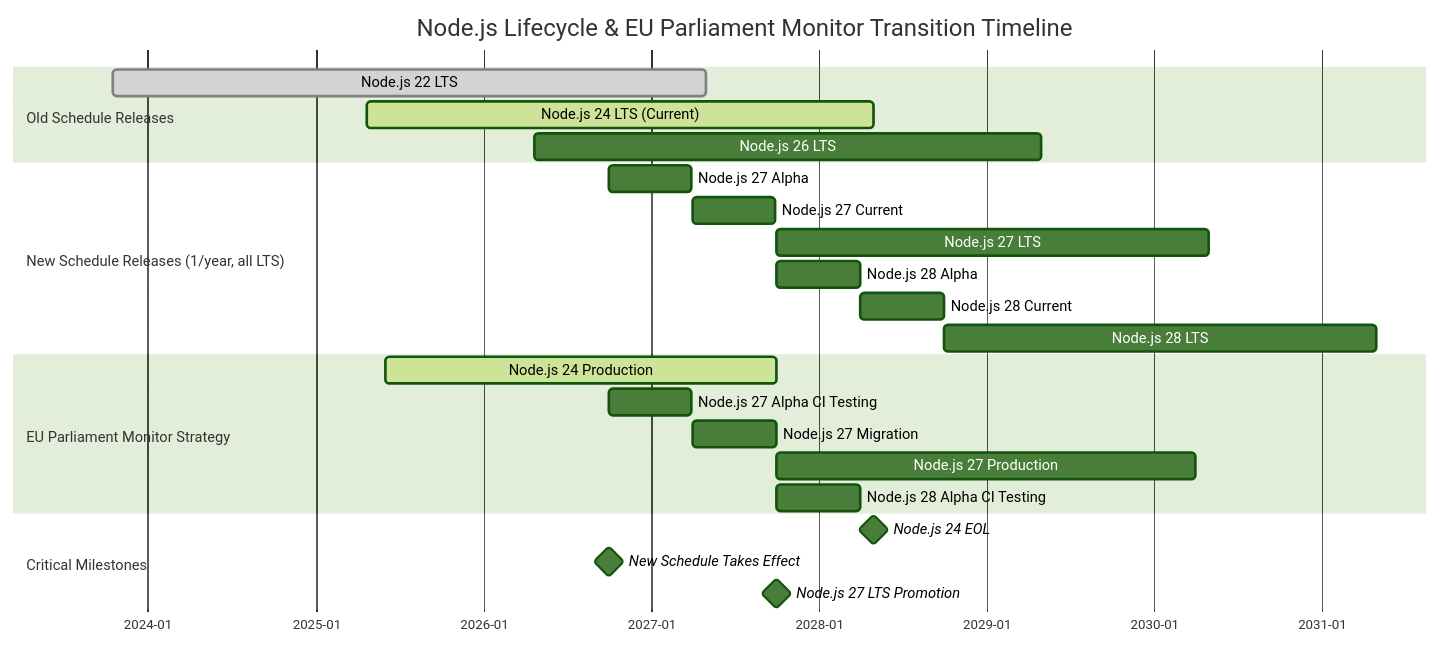
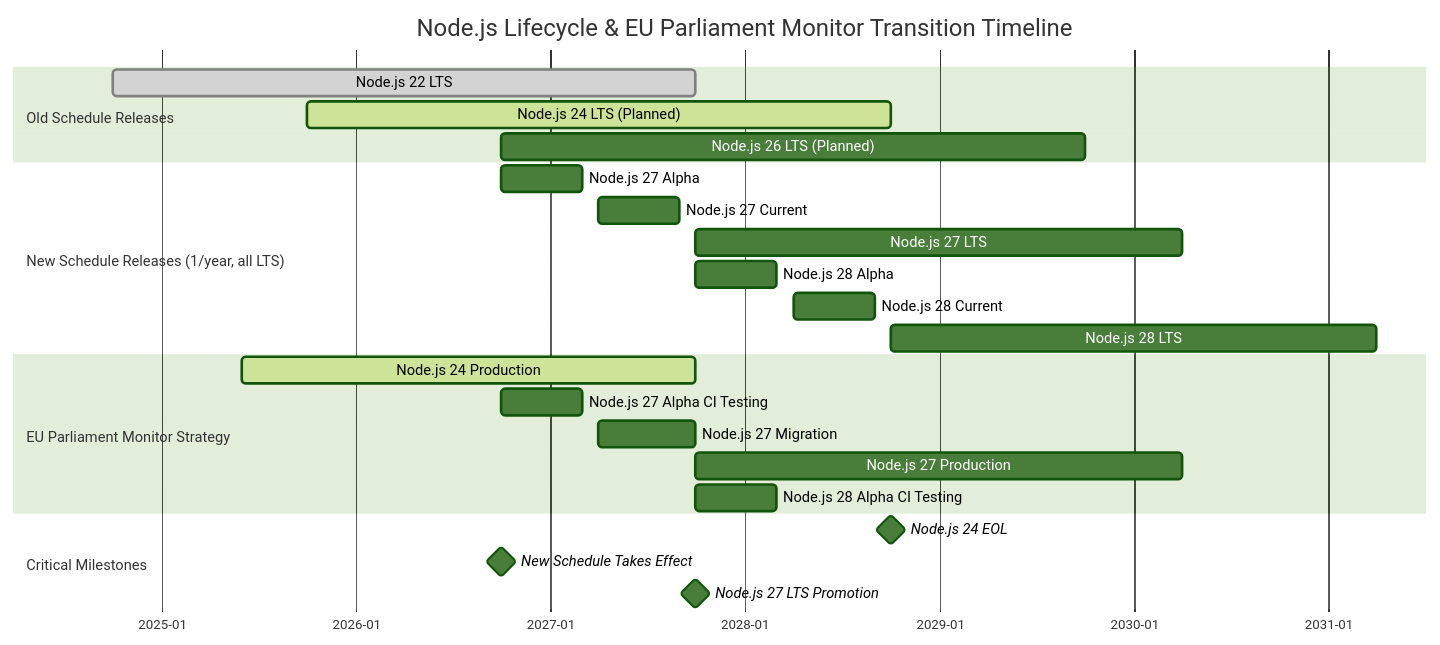
The second of 6 diagrams in End-of-Life-Strategy.md (Hack23/euparliamentmonitor), drawn with Mermaid (forest theme) before and after one commit. The commit also changed other lines of this file and 2 other files, not shown here.

Commit message:
Apply review feedback round 9: fix Gantt to month-level dates with correct Node.js LTS windows, clarify env-var rename instruction with full variable names, extract failover runbook to runbooks/github-pages-failover.md

````diff
--- a/End-of-Life-Strategy.md
+++ b/End-of-Life-Strategy.md
@@ -195,31 +195,32 @@
 ```mermaid
 gantt
     title Node.js Lifecycle & EU Parliament Monitor Transition Timeline
-    dateFormat YYYY-MM-DD
+    dateFormat YYYY-MM
     axisFormat %Y-%m
 
     section Old Schedule Releases
-    Node.js 22 LTS              :done, node22, 2023-10-17, 2027-04-30
-    Node.js 24 LTS (Current)    :active, node24, 2025-04-22, 2028-04-30
-    Node.js 26 LTS              :node26, 2026-04-22, 2029-04-30
+    %% LTS support windows (month-level, aligned with Node.js LTS/EOL schedule)
+    Node.js 22 LTS              :done, node22, 2024-10, 2027-10
+    Node.js 24 LTS (Planned)    :active, node24, 2025-10, 2028-10
+    Node.js 26 LTS (Planned)    :node26, 2026-10, 2029-10
 
     section New Schedule Releases (1/year, all LTS)
-    Node.js 27 Alpha            :node27a, 2026-10-01, 2027-03-31
-    Node.js 27 Current          :node27c, 2027-04-01, 2027-09-30
-    Node.js 27 LTS              :node27, 2027-10-01, 2030-04-30
-    Node.js 28 Alpha            :node28a, 2027-10-01, 2028-03-31
-    Node.js 28 Current          :node28c, 2028-04-01, 2028-09-30
-    Node.js 28 LTS              :node28, 2028-10-01, 2031-04-30
+    Node.js 27 Alpha            :node27a, 2026-10, 2027-03
+    Node.js 27 Current          :node27c, 2027-04, 2027-09
+    Node.js 27 LTS              :node27, 2027-10, 2030-04
+    Node.js 28 Alpha            :node28a, 2027-10, 2028-03
+    Node.js 28 Current          :node28c, 2028-04, 2028-09
+    Node.js 28 LTS              :node28, 2028-10, 2031-04
 
     section EU Parliament Monitor Strategy
-    Node.js 24 Production       :active, ep24, 2025-06-01, 2027-10-01
-    Node.js 27 Alpha CI Testing :ep27a, 2026-10-01, 2027-03-31
-    Node.js 27 Migration        :ep27m, 2027-04-01, 2027-10-01
-    Node.js 27 Production       :ep27p, 2027-10-01, 2030-04-01
-    Node.js 28 Alpha CI Testing :ep28a, 2027-10-01, 2028-03-31
+    Node.js 24 Production       :active, ep24, 2025-06, 2027-10
+    Node.js 27 Alpha CI Testing :ep27a, 2026-10, 2027-03
+    Node.js 27 Migration        :ep27m, 2027-04, 2027-10
+    Node.js 27 Production       :ep27p, 2027-10, 2030-04
+    Node.js 28 Alpha CI Testing :ep28a, 2027-10, 2028-03
 
     section Critical Milestones
-    Node.js 24 EOL              :milestone, node24eol, 2028-04-30, 0d
-    New Schedule Takes Effect   :milestone, newschedule, 2026-10-01, 0d
-    Node.js 27 LTS Promotion    :milestone, node27lts, 2027-10-01, 0d
+    Node.js 24 EOL              :milestone, node24eol, 2028-10, 0d
+    New Schedule Takes Effect   :milestone, newschedule, 2026-10, 0d
+    Node.js 27 LTS Promotion    :milestone, node27lts, 2027-10, 0d
 ```
````
